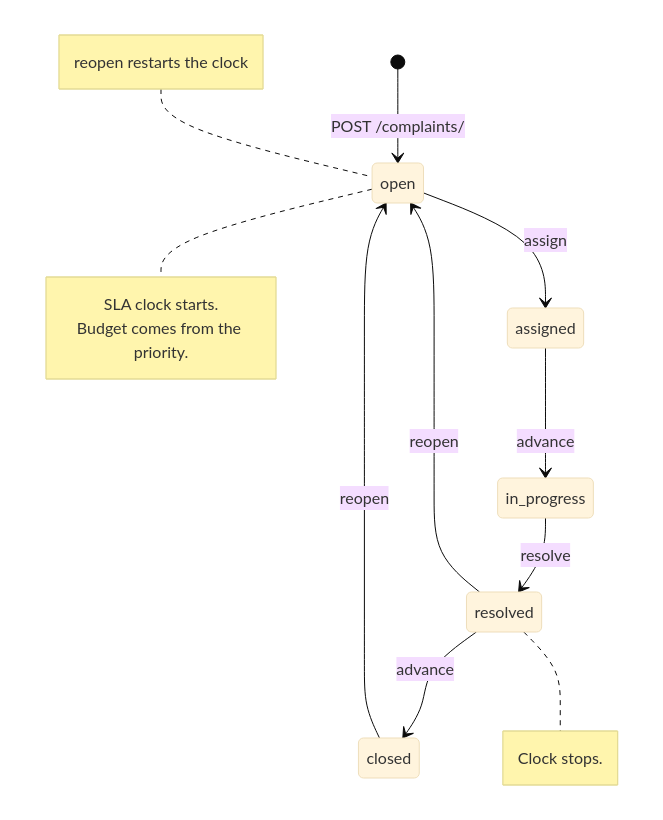
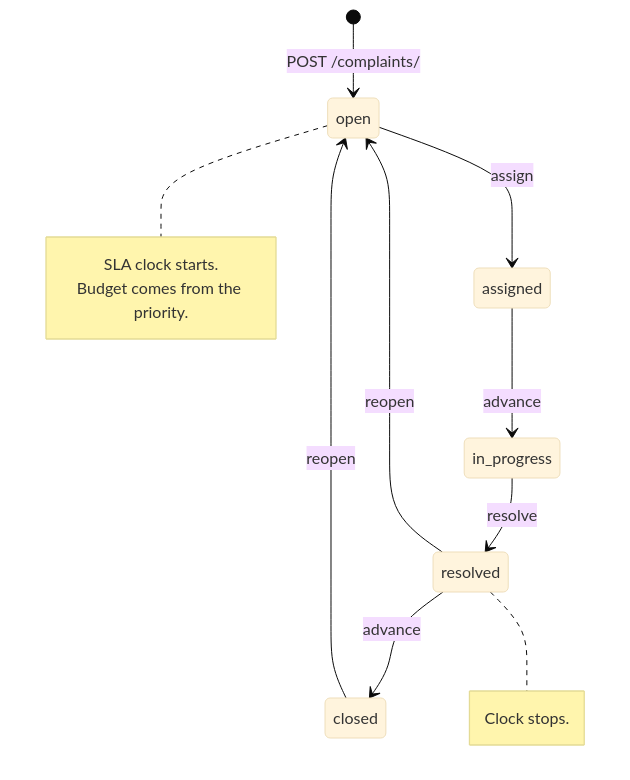
One commit to DataMartBD/Solid-Waste-Management changed diagram 11 of 18 in docs/WORKFLOWS.md. Above: the diagram before and after it, drawn with Mermaid (base theme). The commit also changed other lines of this file and 189 other files, not shown here.

````diff
--- a/docs/WORKFLOWS.md
+++ b/docs/WORKFLOWS.md
@@ -311,21 +419,18 @@
 ```mermaid
 stateDiagram-v2
     [*] --> open: POST /complaints/
     open --> assigned: assign
     assigned --> in_progress: advance
     in_progress --> resolved: resolve
     resolved --> closed: advance
     resolved --> open: reopen
     closed --> open: reopen
 
     note right of open
         SLA clock starts.
         Budget comes from the priority.
     end note
     note right of resolved
         Clock stops.
     end note
-    note left of open
-        reopen restarts the clock
-    end note
 ```
````
